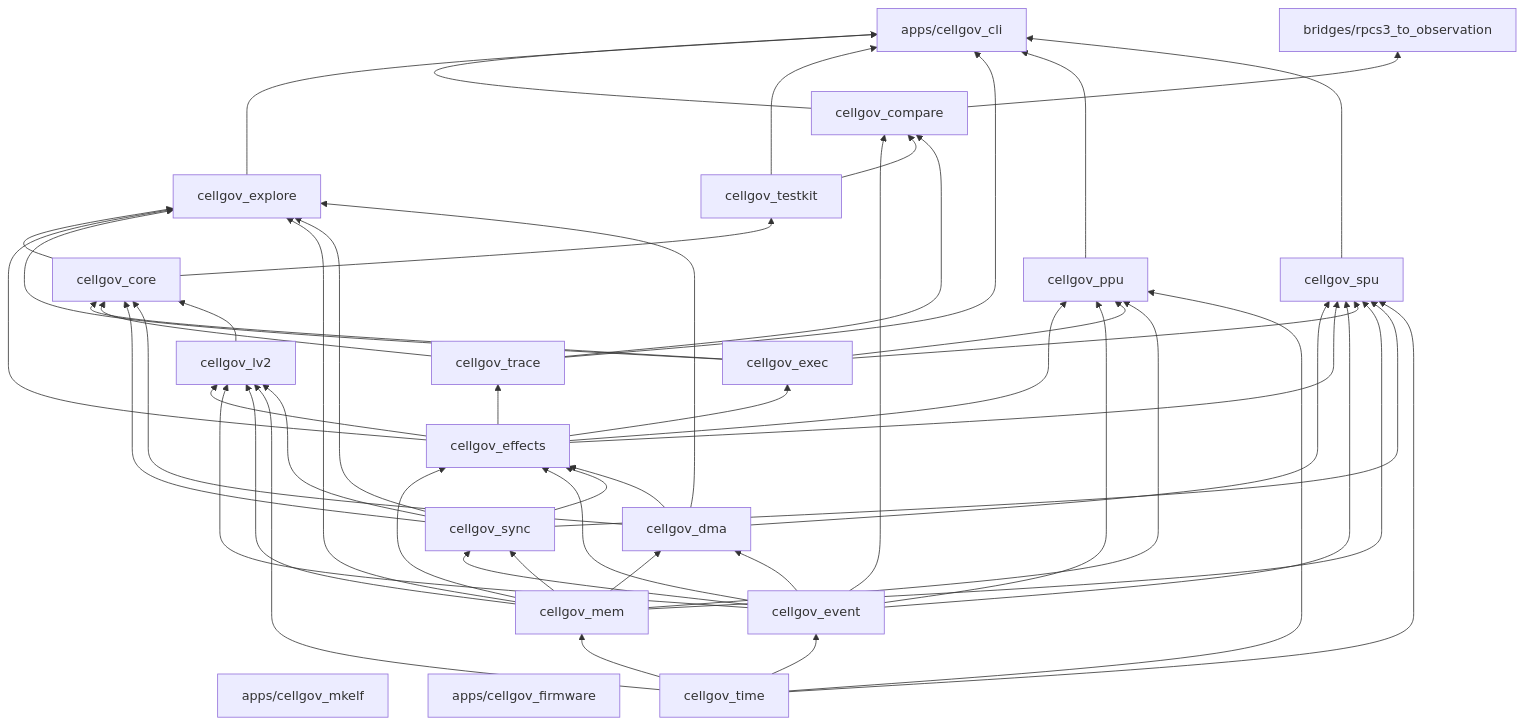
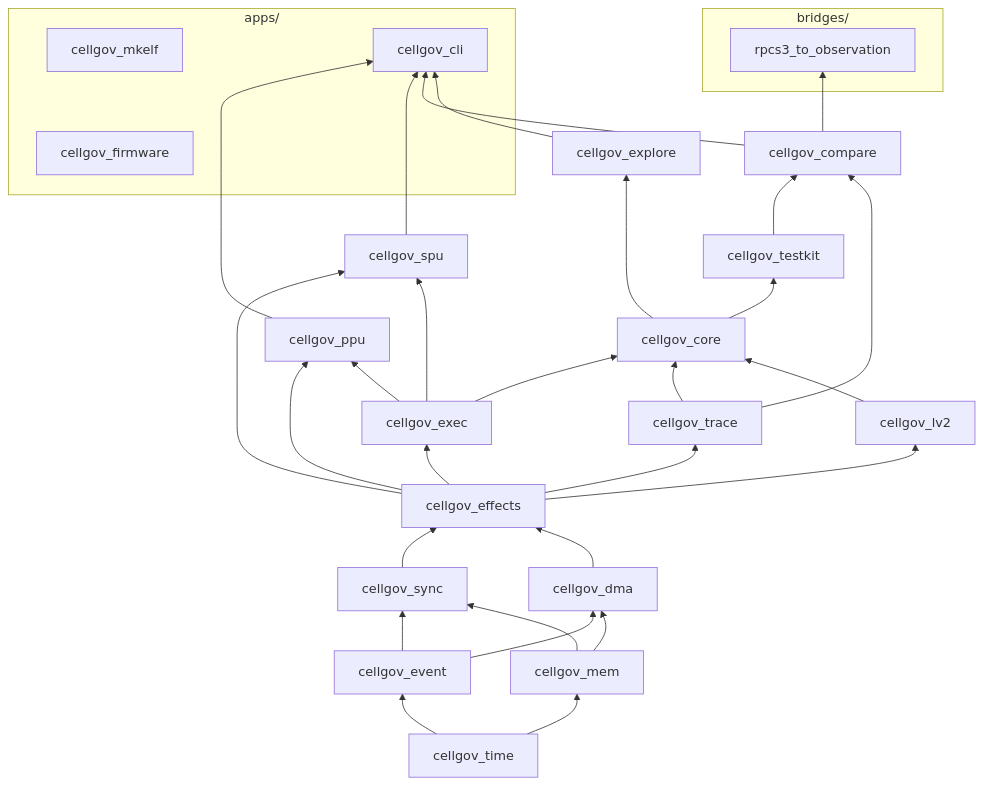
One commit to RoyalAce22/CellGov changed the diagram in docs/architecture.md. Above: the diagram before and after it, drawn with Mermaid. The commit also changed other lines of this file and 35 other files, not shown here.

````diff
--- a/docs/architecture.md
+++ b/docs/architecture.md
@@ -20,74 +22,66 @@
 ```mermaid
 graph BT
-  cli["apps/cellgov_cli"]
-  mkelf["apps/cellgov_mkelf"]
-  firmware["apps/cellgov_firmware"]
-  rpcs3obs["bridges/rpcs3_to_observation"]
-  explore[cellgov_explore]
-  compare[cellgov_compare]
-  testkit[cellgov_testkit]
-  core[cellgov_core]
-  lv2[cellgov_lv2]
-  ppu[cellgov_ppu]
-  spu[cellgov_spu]
-  exec[cellgov_exec]
-  trace[cellgov_trace]
+  subgraph apps ["apps/"]
+    firmware["cellgov_firmware"]
+    mkelf["cellgov_mkelf"]
+    cli["cellgov_cli"]
+  end
+
+  subgraph bridges ["bridges/"]
+    rpcs3obs["rpcs3_to_observation"]
+  end
+
+  time[cellgov_time]
+  event[cellgov_event]
+  mem[cellgov_mem]
   sync[cellgov_sync]
   dma[cellgov_dma]
   effects[cellgov_effects]
-  mem[cellgov_mem]
-  event[cellgov_event]
-  time[cellgov_time]
+  exec[cellgov_exec]
+  trace[cellgov_trace]
+  lv2[cellgov_lv2]
+  core[cellgov_core]
+  ppu[cellgov_ppu]
+  spu[cellgov_spu]
+  testkit[cellgov_testkit]
+  explore[cellgov_explore]
+  compare[cellgov_compare]
 
+  time --> event
   time --> mem
-  time --> event
+
   event --> sync
+  event --> dma
   mem --> sync
   mem --> dma
-  event --> dma
-  mem --> effects
-  event --> effects
+
   sync --> effects
   dma --> effects
+
   effects --> exec
   effects --> trace
   effects --> lv2
-  event --> lv2
-  mem --> lv2
-  time --> lv2
-  sync --> lv2
+  effects --> ppu
+  effects --> spu
+
   exec --> core
+  exec --> ppu
+  exec --> spu
   trace --> core
-  sync --> core
-  dma --> core
   lv2 --> core
+
   core --> testkit
   core --> explore
-  effects --> explore
-  exec --> explore
-  mem --> explore
-  sync --> explore
-  dma --> explore
-  event --> compare
+
   testkit --> compare
   trace --> compare
-  effects --> ppu
-  event --> ppu
-  exec --> ppu
-  mem --> ppu
-  time --> ppu
-  dma --> spu
-  effects --> spu
-  event --> spu
-  exec --> spu
-  mem --> spu
-  sync --> spu
-  time --> spu
+
+  ppu --> cli
+  spu --> cli
   compare --> cli
   explore --> cli
-  testkit --> cli
-  trace --> cli
-  ppu --> cli
-  spu --> cli
   compare --> rpcs3obs
+
+  ppu ~~~ spu
+  firmware ~~~ mkelf
 ```
````
